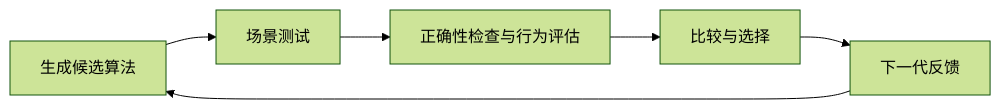
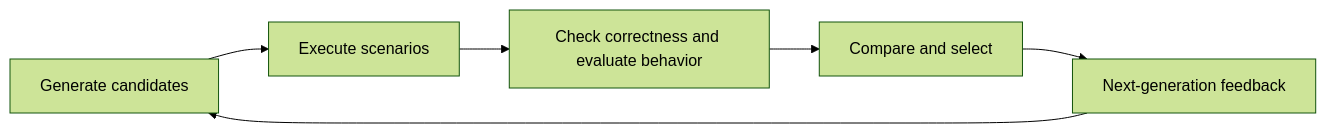
Before and after one commit to QinCheng0928/RSI: the diagram in README.md, drawn with Mermaid (forest theme). The commit also changed other lines of this file and 12 other files, not shown here.

````diff
--- a/README.md
+++ b/README.md
@@ -7,8 +9,8 @@
 ```mermaid
 flowchart LR
-    A[生成候选算法] --> B[场景测试]
-    B --> C[正确性检查与行为评估]
-    C --> D[比较与选择]
-    D --> E[下一代反馈]
+    A[Generate candidates] --> B[Execute scenarios]
+    B --> C[Check correctness and evaluate behavior]
+    C --> D[Compare and select]
+    D --> E[Next-generation feedback]
     E --> A
 ```
````
